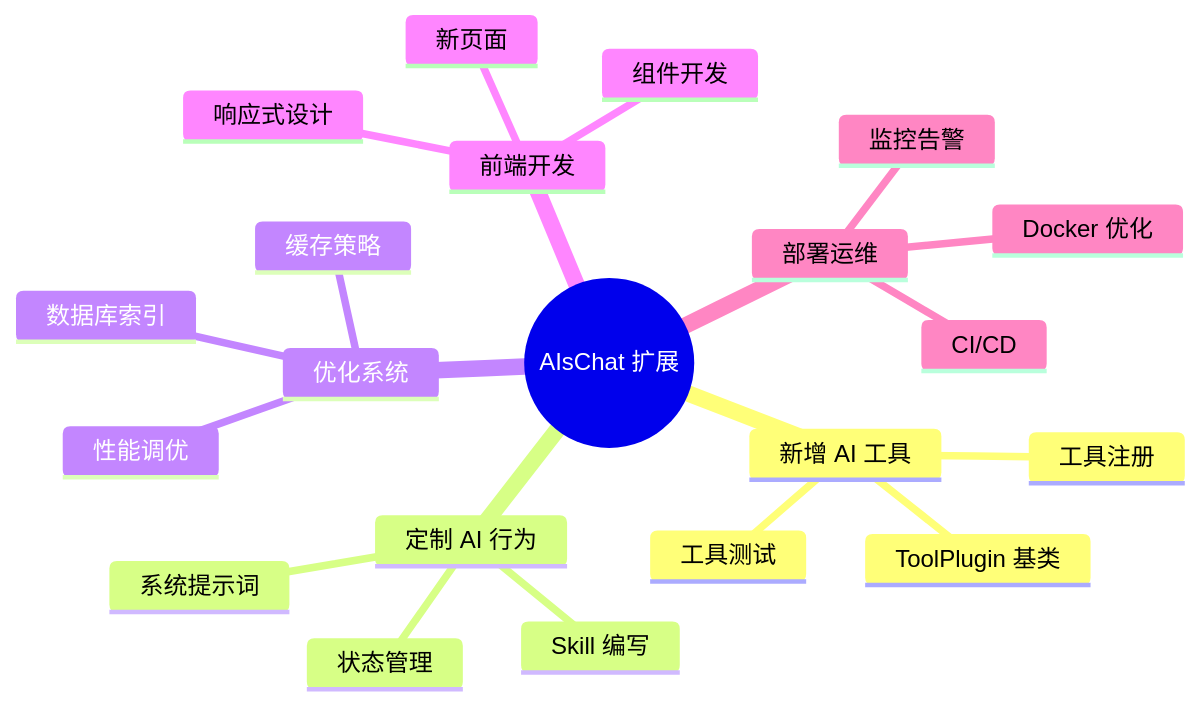
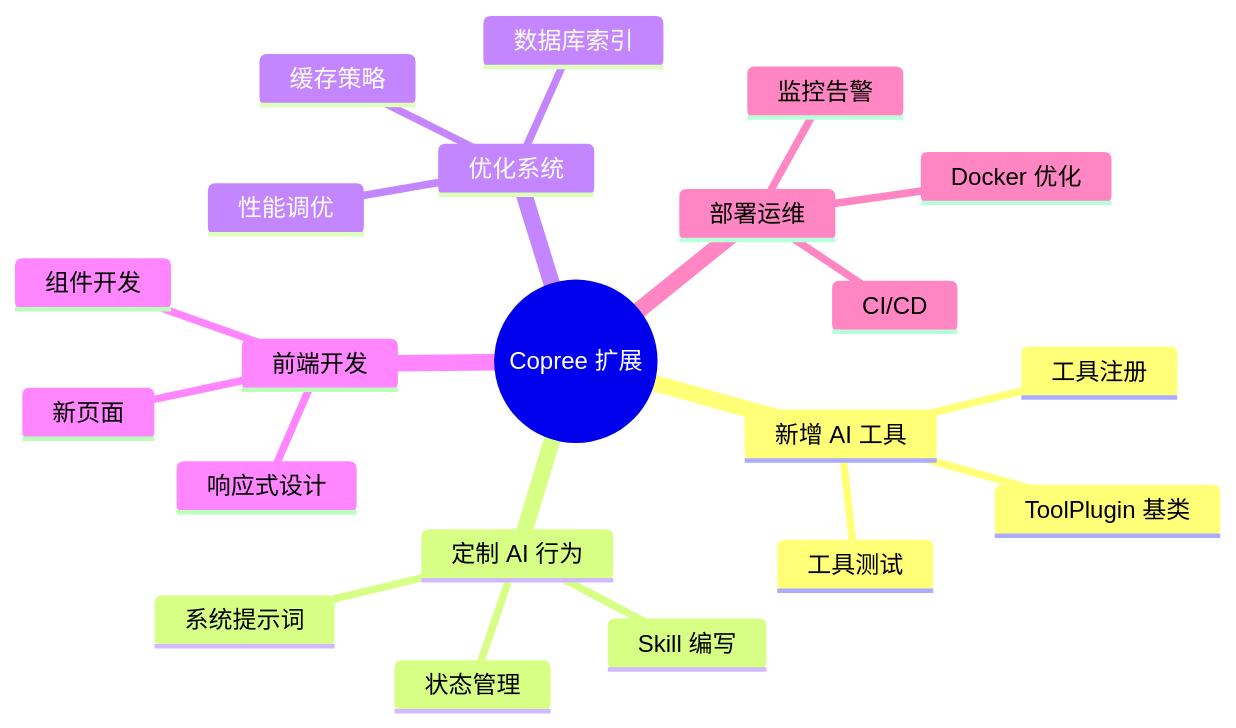
Before and after one commit to Coprexist/AIsChat: diagram 11 of 11 in docs/LEARNING_ROADMAP.md, drawn with Mermaid. The commit also changed other lines of this file and 471 other files, not shown here.

First line of the commit message:
feat(brand) 项目更名 AIsChat → Copree（显示层全量替换 + 品牌文档 + 插件改名）

````diff
--- a/docs/LEARNING_ROADMAP.md
+++ b/docs/LEARNING_ROADMAP.md
@@ -650,24 +650,24 @@
 ```mermaid
 mindmap
-  root((AIsChat 扩展))
+  root((Copree 扩展))
     新增 AI 工具
       ToolPlugin 基类
       工具注册
       工具测试
     定制 AI 行为
       系统提示词
       Skill 编写
       状态管理
     优化系统
       性能调优
       数据库索引
       缓存策略
     前端开发
       新页面
       组件开发
       响应式设计
     部署运维
       Docker 优化
       CI/CD
       监控告警
 ```
````
